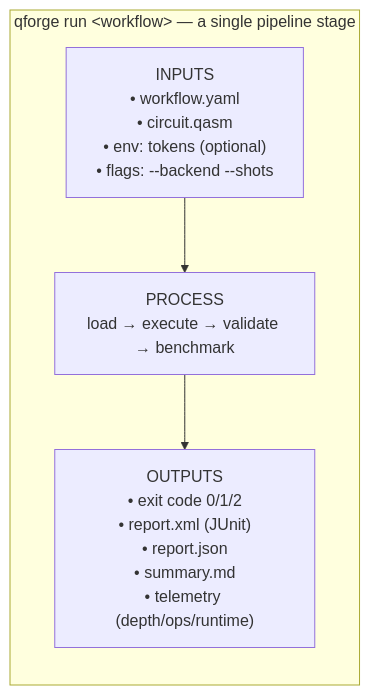
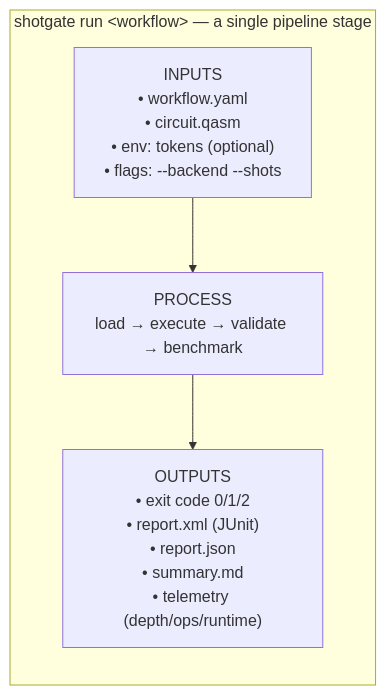
The second of 3 diagrams in docs/pipeline.md (coldqubit/shotgate), drawn with Mermaid before and after one commit. The commit also changed other lines of this file and 66 other files, not shown here.

````diff
--- a/docs/pipeline.md
+++ b/docs/pipeline.md
@@ -34,10 +34,10 @@
 ```mermaid
 flowchart TB
-    subgraph stage["qforge run &lt;workflow&gt; — a single pipeline stage"]
+    subgraph stage["shotgate run &lt;workflow&gt; — a single pipeline stage"]
         direction TB
         in["INPUTS<br/>• workflow.yaml<br/>• circuit.qasm<br/>• env: tokens (optional)<br/>• flags: --backend --shots"]
         proc["PROCESS<br/>load → execute → validate → benchmark"]
         out["OUTPUTS<br/>• exit code 0/1/2<br/>• report.xml (JUnit)<br/>• report.json<br/>• summary.md<br/>• telemetry (depth/ops/runtime)"]
         in --> proc --> out
     end
 ```
````
